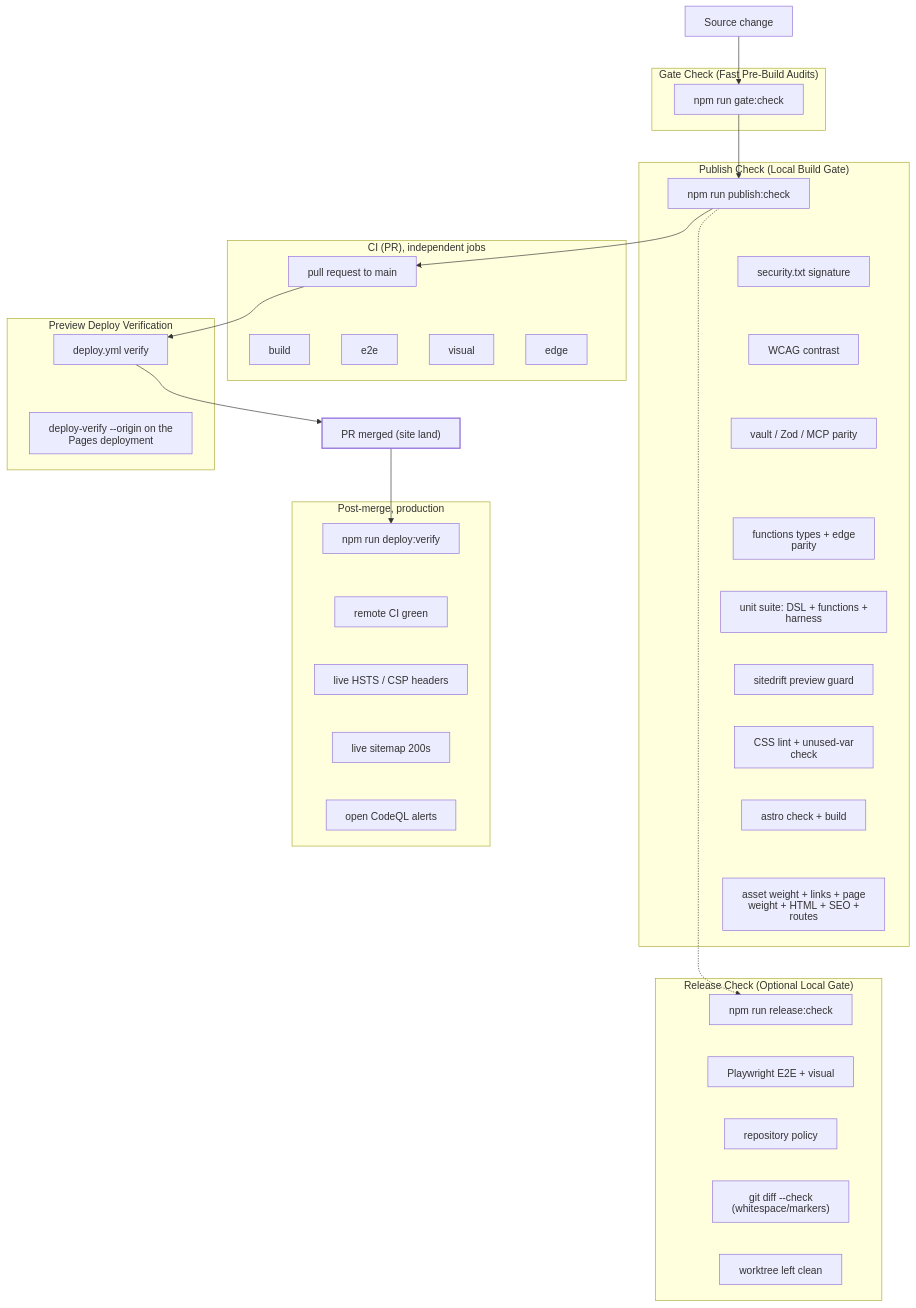
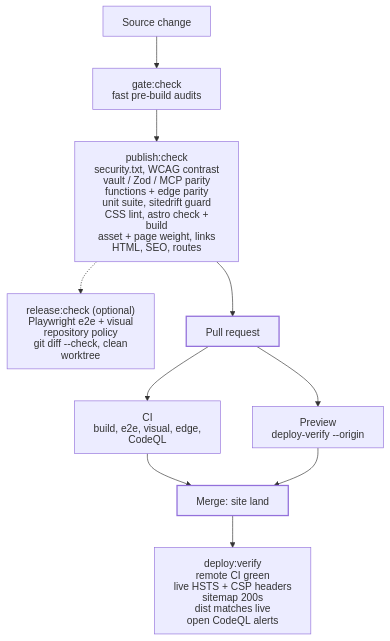
One commit to joeseverino/jseverino.com changed the diagram in docs/diagrams/gate-ladder.mmd. Above: the diagram before and after it, drawn with Mermaid. The commit also changed 258 other files, not shown here.

First line of the commit message:
feat: declare the zone and repo settings as code, publish a dist branch, and clean up (#120)

```diff
--- a/docs/diagrams/gate-ladder.mmd
+++ b/docs/diagrams/gate-ladder.mmd
@@ -1,70 +1,14 @@
 %%{init: { "htmlLabels": false } }%%
 flowchart TB
-    A["Source change"] --> G0
-    G0 --> B
-    B --> CI0
-    B -.-> C
-    CI0 --> P
-    P --> D["PR merged (site land)"]
-    D --> E
+    A["Source change"] --> G["gate:check<br/>fast pre-build audits"]
+    G --> B["publish:check<br/>security.txt, WCAG contrast<br/>vault / Zod / MCP parity<br/>functions + edge parity<br/>unit suite, sitedrift guard<br/>CSS lint, astro check + build<br/>asset + page weight, links<br/>HTML, SEO, routes"]
+    B -.-> C["release:check (optional)<br/>Playwright e2e + visual<br/>repository policy<br/>git diff --check, clean worktree"]
+    B --> PR["Pull request"]
+    PR --> CI["CI<br/>build, e2e, visual, edge, CodeQL"]
+    PR --> PV["Preview<br/>deploy-verify --origin"]
+    CI --> M["Merge: site land"]
+    PV --> M
+    M --> E["deploy:verify<br/>remote CI green<br/>live HSTS + CSP headers<br/>sitemap 200s<br/>dist matches live<br/>open CodeQL alerts"]
 
-    subgraph fast ["Gate Check (Fast Pre-Build Audits)"]
-        G0["npm run gate:check"]
-    end
-
-    subgraph publish ["Publish Check (Local Build Gate)"]
-        B["npm run publish:check"]
-        B1["security.txt signature"]
-        B2["WCAG contrast"]
-        B3["vault / Zod / MCP parity"]
-        B9["functions types + edge parity"]
-        B8["unit suite: DSL + functions + harness"]
-        B4["sitedrift preview guard"]
-        B5["CSS lint + unused-var check"]
-        B6["astro check + build"]
-        B7["asset weight + links + page weight + HTML + SEO + routes"]
-    end
-
-    subgraph release ["Release Check (Optional Local Gate)"]
-        C["npm run release:check"]
-        C1["Playwright E2E + visual"]
-        C2["repository policy"]
-        C3["git diff --check (whitespace/markers)"]
-        C4["worktree left clean"]
-    end
-
-    subgraph ci ["CI (PR), independent jobs"]
-        CI0["pull request to main"]
-        CI1["build"]
-        CI2["e2e"]
-        CI3["visual"]
-        CI4["edge"]
-    end
-
-    subgraph preview ["Preview Deploy Verification"]
-        P["deploy.yml verify"]
-        P1["deploy-verify --origin on the Pages deployment"]
-    end
-
-    subgraph deploy ["Post-merge, production"]
-        E["npm run deploy:verify"]
-        E1["remote CI green"]
-        E2["live HSTS / CSP headers"]
-        E3["live sitemap 200s"]
-        E4["open CodeQL alerts"]
-    end
-
-    %% Force vertical layout nesting
-    B ~~~ B1 ~~~ B2 ~~~ B3 ~~~ B9 ~~~ B8 ~~~ B4 ~~~ B5 ~~~ B6 ~~~ B7
-    B7 ~~~ C
-    C ~~~ C1 ~~~ C2 ~~~ C3 ~~~ C4
-    CI0 ~~~ CI1
-    CI0 ~~~ CI2
-    CI0 ~~~ CI3
-    CI0 ~~~ CI4
-    P ~~~ P1
-    E ~~~ E1 ~~~ E2 ~~~ E3 ~~~ E4
-
-    %% the pivot: everything before is local, everything after is the PR and production
     classDef anchor stroke-width:2px;
-    class D anchor;
+    class PR,M anchor;
```
